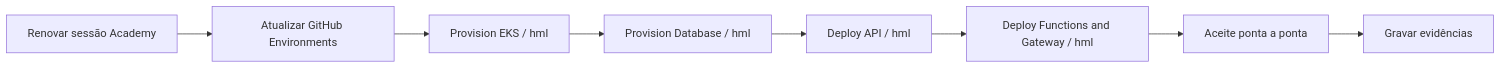
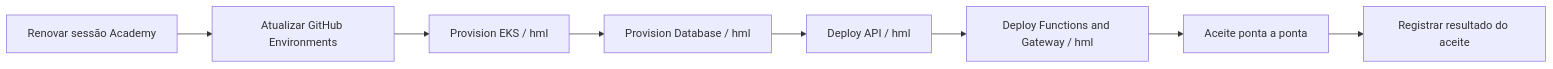
Before and after one commit to maypinheiro/oficina-api: the diagram in docs/fase3/guia-demonstracao-e-aceite.md, drawn with Mermaid. The commit also changed other lines of this file and 9 other files, not shown here.

````diff
--- a/docs/fase3/guia-demonstracao-e-aceite.md
+++ b/docs/fase3/guia-demonstracao-e-aceite.md
@@ -13,10 +16,10 @@
 ```mermaid
 flowchart LR
   Lab["Renovar sessão Academy"] --> Secrets["Atualizar GitHub Environments"]
   Secrets --> EKS["Provision EKS / hml"]
   EKS --> DB["Provision Database / hml"]
   DB --> API["Deploy API / hml"]
   API --> Auth["Deploy Functions and Gateway / hml"]
   Auth --> E2E["Aceite ponta a ponta"]
-  E2E --> Video["Gravar evidências"]
+  E2E --> Evidence["Registrar resultado do aceite"]
 ```
````
